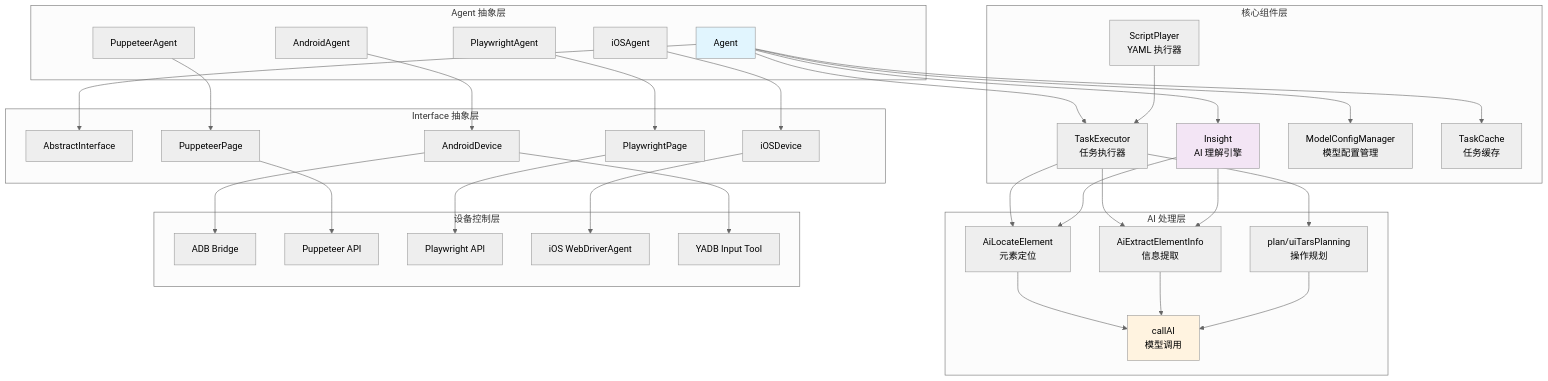
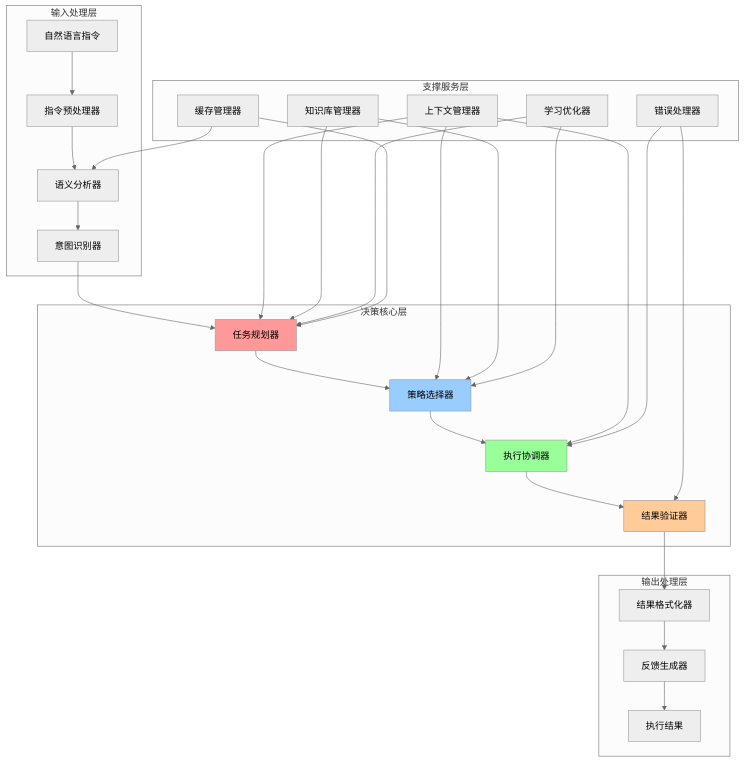
Before and after one commit to zhuozp/AI-UI-: the seventh of 31 diagrams in README.md, drawn with Mermaid (neutral theme). The commit also changed other lines of this file, not shown here.

````diff
--- a/README.md
+++ b/README.md
@@ -181,73 +1183,46 @@
 ```mermaid
 graph TB
-    subgraph "Agent 抽象层"
-        A1[Agent<T>]
-        A2[AndroidAgent]
-        A3[PuppeteerAgent] 
-        A4[PlaywrightAgent]
-        A5[iOSAgent]
+    subgraph "输入处理层"
+        A[自然语言指令] --> B[指令预处理器]
+        B --> C[语义分析器]
+        C --> D[意图识别器]
     end
     
-    subgraph "Interface 抽象层"
-        I1[AbstractInterface]
-        I2[AndroidDevice]
-        I3[PuppeteerPage]
-        I4[PlaywrightPage] 
-        I5[iOSDevice]
+    subgraph "决策核心层"
+        D --> E[任务规划器]
+        E --> F[策略选择器]
+        F --> G[执行协调器]
+        G --> H[结果验证器]
     end
     
-    subgraph "核心组件层"
-        C1[TaskExecutor<br/>任务执行器]
-        C2[Insight<br/>AI 理解引擎]
-        C3[ModelConfigManager<br/>模型配置管理]
-        C4[TaskCache<br/>任务缓存]
-        C5[ScriptPlayer<br/>YAML 执行器]
+    subgraph "支撑服务层"
+        I[上下文管理器]
+        J[知识库管理器]
+        K[错误处理器]
+        L[学习优化器]
+        M[缓存管理器]
     end
     
-    subgraph "AI 处理层"
-        AI1[AiLocateElement<br/>元素定位]
-        AI2[AiExtractElementInfo<br/>信息提取]
-        AI3[plan/uiTarsPlanning<br/>操作规划]
-        AI4[callAI<br/>模型调用]
+    subgraph "输出处理层"
+        H --> N[结果格式化器]
+        N --> O[反馈生成器]
+        O --> P[执行结果]
     end
     
-    subgraph "设备控制层"
-        D1[ADB Bridge]
-        D2[Puppeteer API]
-        D3[Playwright API]
-        D4[iOS WebDriverAgent]
-        D5[YADB Input Tool]
-    end
+    I --> E
+    I --> F
+    I --> G
+    J --> E
+    J --> F
+    K --> G
+    K --> H
+    L --> E
+    L --> F
+    M --> C
+    M --> E
     
-    A1 --> I1
-    A2 --> I2
-    A3 --> I3
-    A4 --> I4
-    A5 --> I5
-    
-    A1 --> C1
-    A1 --> C2
-    A1 --> C3
-    A1 --> C4
-    
-    C1 --> AI1
-    C1 --> AI2
-    C1 --> AI3
-    C2 --> AI1
-    C2 --> AI2
-    C5 --> C1
-    
-    AI1 --> AI4
-    AI2 --> AI4
-    AI3 --> AI4
-    
-    I2 --> D1
-    I2 --> D5
-    I3 --> D2
-    I4 --> D3
-    I5 --> D4
-    
-    style A1 fill:#e1f5fe
-    style C2 fill:#f3e5f5
-    style AI4 fill:#fff3e0
+    style E fill:#ff9999
+    style F fill:#99ccff
+    style G fill:#99ff99
+    style H fill:#ffcc99
 ```
````
